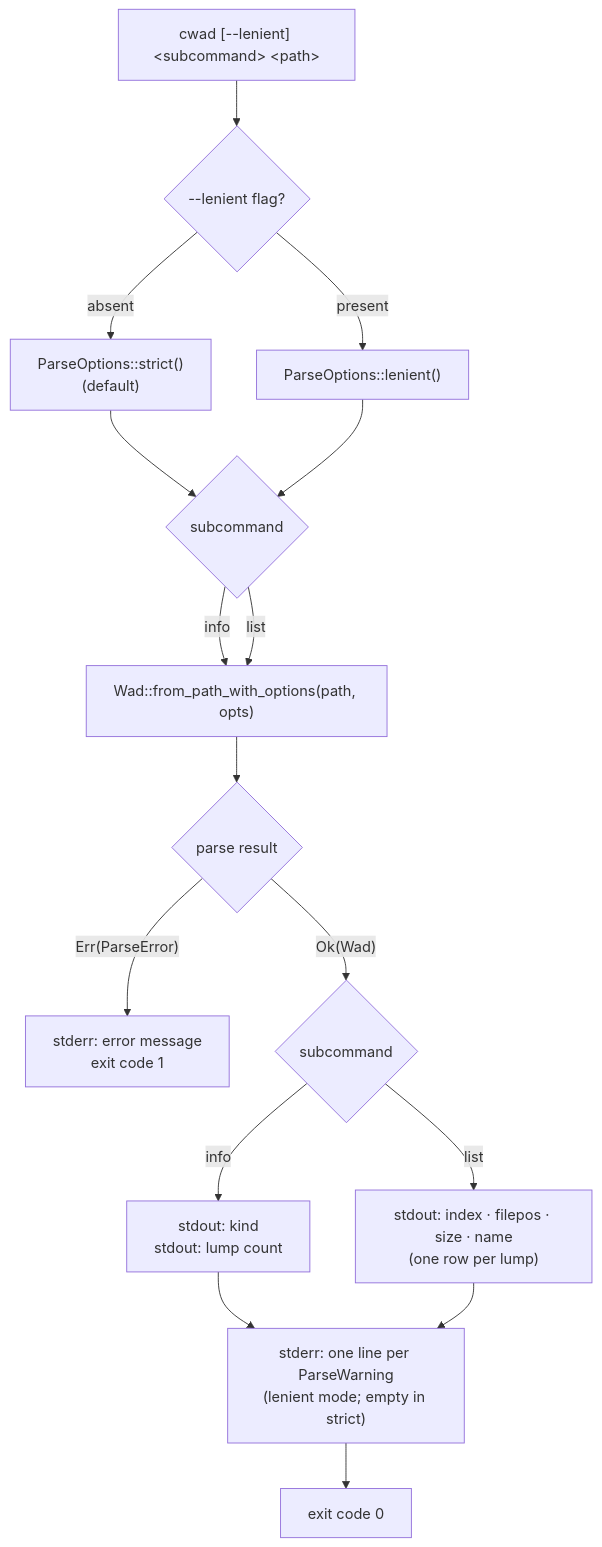
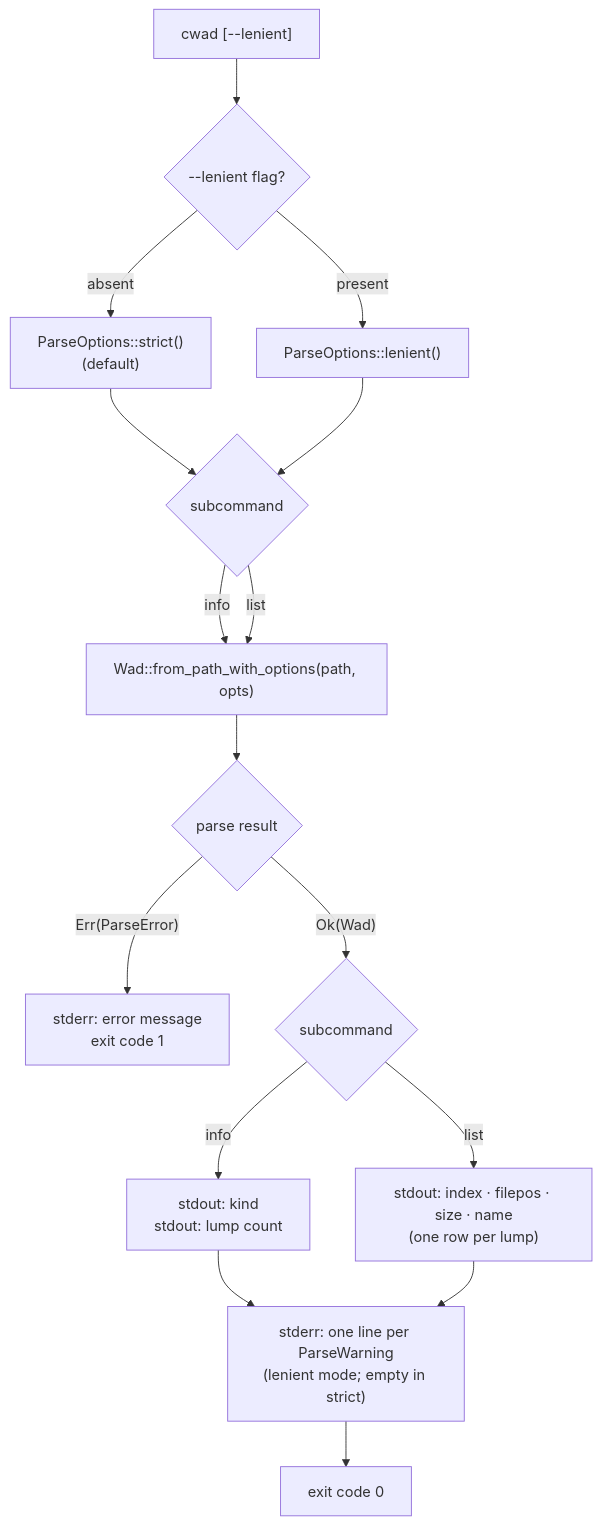
One commit to masriamir/crustywad changed the diagram in docs/diagrams/cli-flow.md. Above: the diagram before and after it, drawn with Mermaid. The commit also changed other lines of this file and 3 other files, not shown here.

First line of the commit message:
docs(diagrams): fix seven accuracy issues flagged in review

````diff
--- a/docs/diagrams/cli-flow.md
+++ b/docs/diagrams/cli-flow.md
@@ -7,25 +9,25 @@
 ```mermaid
 flowchart TD
-    A["cwad [--lenient] &lt;subcommand&gt; &lt;path&gt;"]
+    A["cwad [--lenient] <subcommand> <path>"]
     B{"--lenient flag?"}
     C["ParseOptions::strict()\n(default)"]
     D["ParseOptions::lenient()"]
 
     A --> B
     B -- "absent" --> C
     B -- "present" --> D
     C & D --> E{"subcommand"}
 
     E -- "info" --> F["Wad::from_path_with_options(path, opts)"]
     E -- "list" --> F
 
     F --> G{"parse result"}
     G -- "Err(ParseError)" --> H["stderr: error message\nexit code 1"]
     G -- "Ok(Wad)" --> I{"subcommand"}
 
     I -- "info" --> J["stdout: kind\nstdout: lump count"]
     I -- "list" --> K["stdout: index · filepos · size · name\n(one row per lump)"]
 
     J & K --> L["stderr: one line per ParseWarning\n(lenient mode; empty in strict)"]
     L --> M["exit code 0"]
 ```
````
